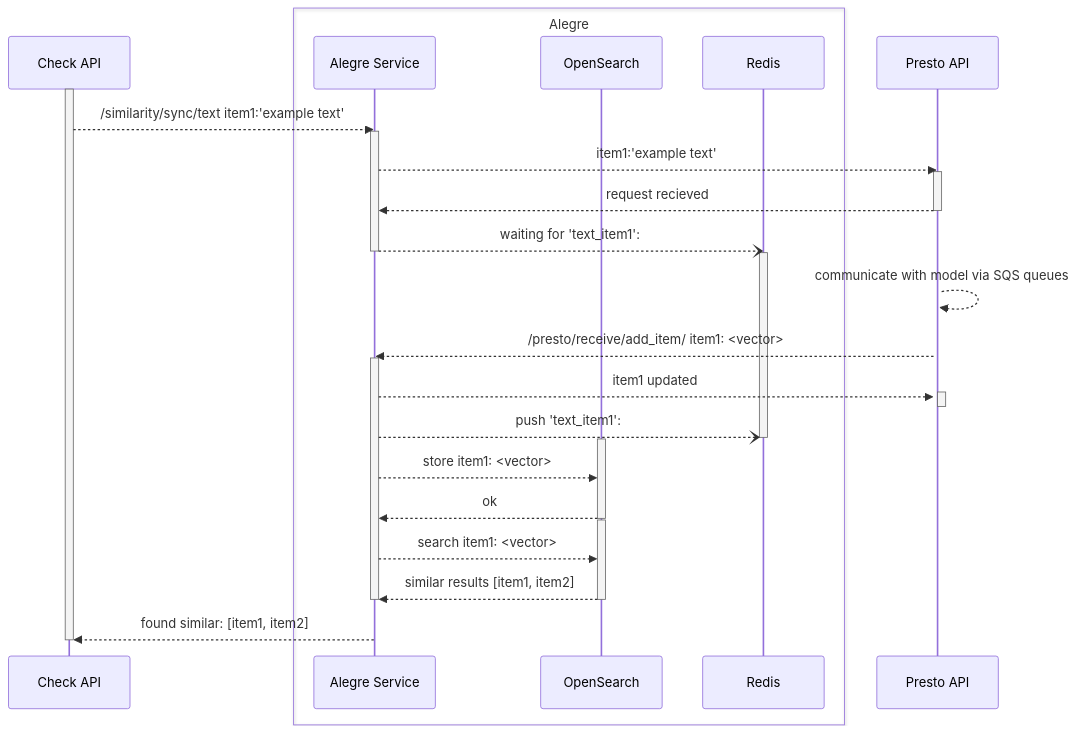
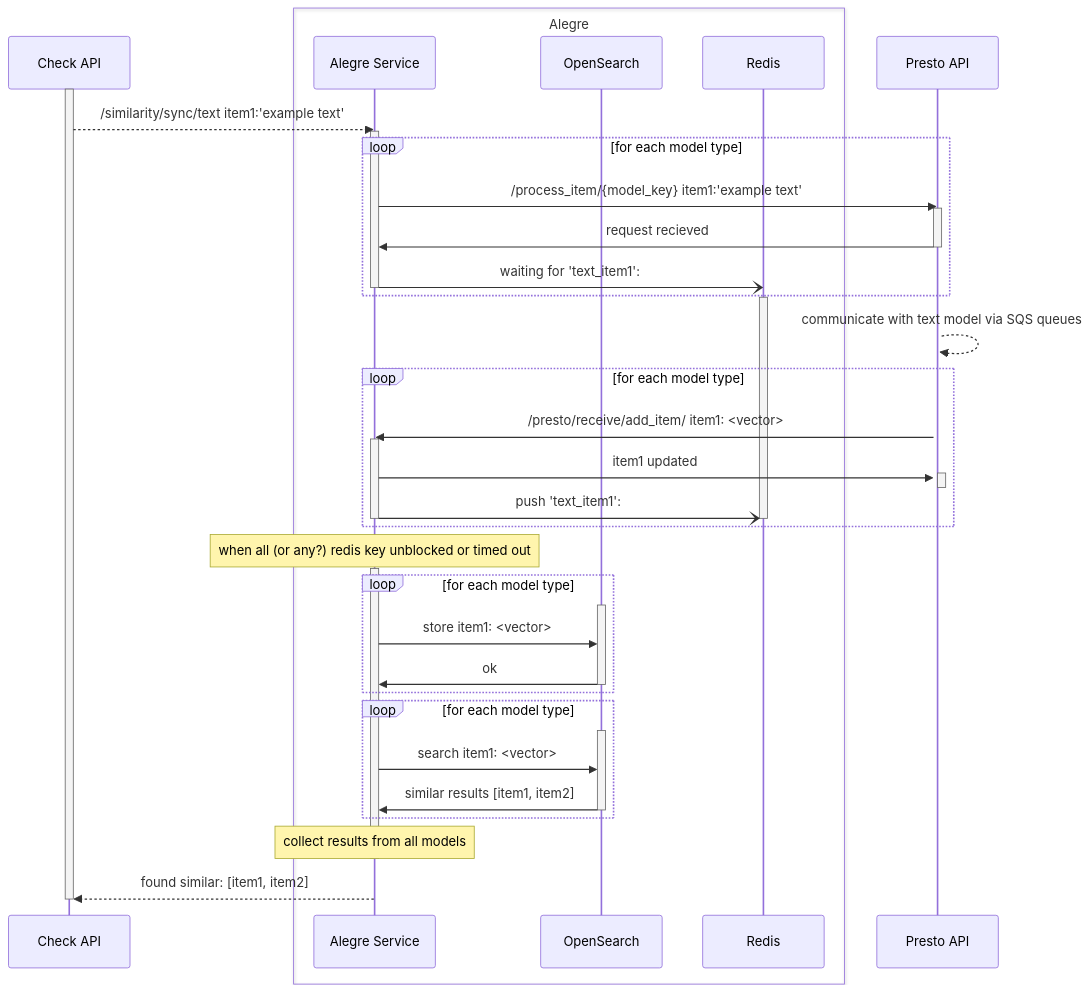
One commit to meedan/alegre changed the first of 2 diagrams in doc/text-similarity-call-sequence.md. Above: the diagram before and after it, drawn with Mermaid. The commit also changed other lines of this file, not shown here.

Commit message:
updates to sync text similarity diagram, draft of async diagram

````diff
--- a/doc/text-similarity-call-sequence.md
+++ b/doc/text-similarity-call-sequence.md
@@ -17,60 +21,68 @@
 ```mermaid
 sequenceDiagram
     participant Check API
     participant Alegre Service
     participant OpenSearch
     participant Redis
     participant Presto API
-
-    
 
     box Alegre
     participant Alegre Service
     participant OpenSearch
     participant Redis
     end
     
     activate Check API
     Check API-->>Alegre Service: /similarity/sync/text item1:'example text'
     activate Alegre Service
 
+    loop for each model type
+        Alegre Service->>Presto API: /process_item/{model_key} item1:'example text'
+        activate Presto API
+        Presto API->>Alegre Service: request recieved 
+        deactivate Presto API
+    Alegre Service-)Redis: waiting for 'text_item1':
+    deactivate Alegre Service
+    end
     
-    Alegre Service-->>Presto API: item1:'example text'
-    activate Presto API
-    Presto API-->>Alegre Service: request recieved 
-    deactivate Presto API
-
-    
-    Alegre Service--)Redis: waiting for 'text_item1':
-    deactivate Alegre Service
     activate Redis
 
     activate Presto API
-    Presto API-->>Presto API: communicate with model via SQS queues
+    Presto API-->>Presto API: communicate with text model via SQS queues
     
+    loop for each model type
+        Presto API->>Alegre Service: /presto/receive/add_item/ item1: <vector> 
+        activate Alegre Service
+
+        Alegre Service->>+Presto API: item1 updated
+        deactivate Presto API
+        
+        Alegre Service-)Redis: push 'text_item1':
+        deactivate Alegre Service
+        deactivate Redis
+    end
+
+    Note over Alegre Service: when all (or any?) redis key unblocked or timed out
+    activate Alegre Service
     
-    Presto API-->>Alegre Service: /presto/receive/add_item/ item1: <vector> 
-    activate Alegre Service
+    loop for each model type
+        activate OpenSearch
+        Alegre Service->>OpenSearch: store item1: <vector>
+        OpenSearch->>Alegre Service: ok
+        deactivate OpenSearch
+    end
 
-    Alegre Service-->>+Presto API: item1 updated
-    deactivate Presto API
-    Alegre Service--)Redis: push 'text_item1':
-    
-    deactivate Redis
+    loop for each model type
+        activate OpenSearch
+        Alegre Service->>OpenSearch: search item1: <vector>
+        OpenSearch->>Alegre Service: similar results [item1, item2]
+        deactivate OpenSearch
+    end
 
-
-    activate OpenSearch
-    Alegre Service-->>OpenSearch: store item1: <vector>
-    OpenSearch-->>Alegre Service: ok
-    deactivate OpenSearch
-
-    activate OpenSearch
-    Alegre Service-->>OpenSearch: search item1: <vector>
-    OpenSearch-->>Alegre Service: similar results [item1, item2]
-    deactivate OpenSearch
+    Note over Alegre Service: collect results from all models
 
     deactivate Alegre Service
     Alegre Service-->>Check API: found similar: [item1, item2]
     deactivate Check API
 
 ```
````
